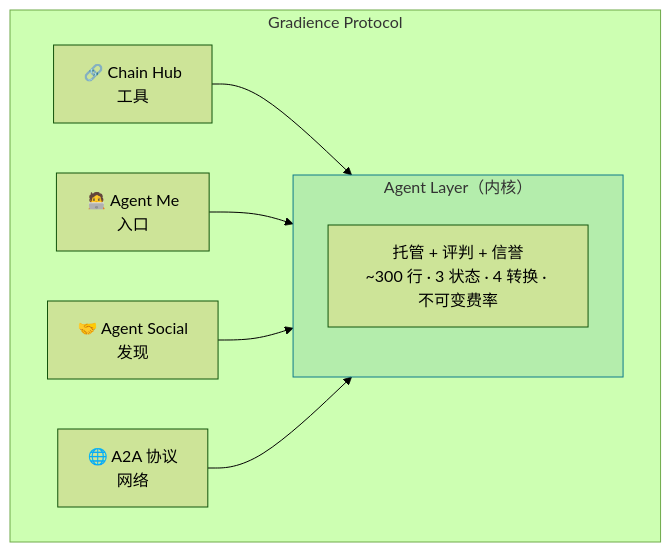
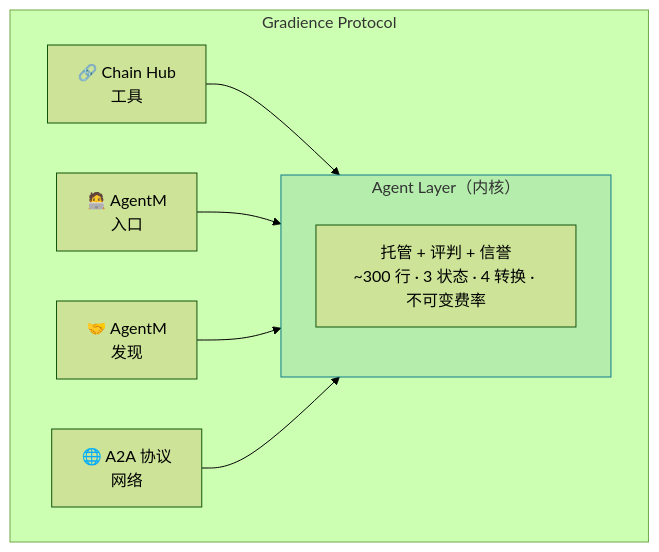
The second of 9 diagrams in protocol/README-zh.md (DaviRain-Su/gradience), drawn with Mermaid (forest theme) before and after one commit. The commit also changed other lines of this file and 79 other files, not shown here.

````diff
--- a/protocol/README-zh.md
+++ b/protocol/README-zh.md
@@ -75,20 +75,20 @@
 ```mermaid
 flowchart TB
     subgraph Protocol["Gradience Protocol"]
         subgraph Kernel["Agent Layer（内核）"]
             K["托管 + 评判 + 信誉<br/>~300 行 · 3 状态 · 4 转换 · 不可变费率"]
         end
         
         CH["🔗 Chain Hub<br/>工具"]
-        AM["🧑‍💻 Agent Me<br/>入口"]
-        AS["🤝 Agent Social<br/>发现"]
+        AM["🧑‍💻 AgentM<br/>入口"]
+        AS["🤝 AgentM<br/>发现"]
         A2A["🌐 A2A 协议<br/>网络"]
         
         CH --> Kernel
         AM --> Kernel
         AS --> Kernel
         A2A --> Kernel
     end
     
     style Kernel fill:#0f7b8a22,stroke:#0f7b8a
 ```
````
